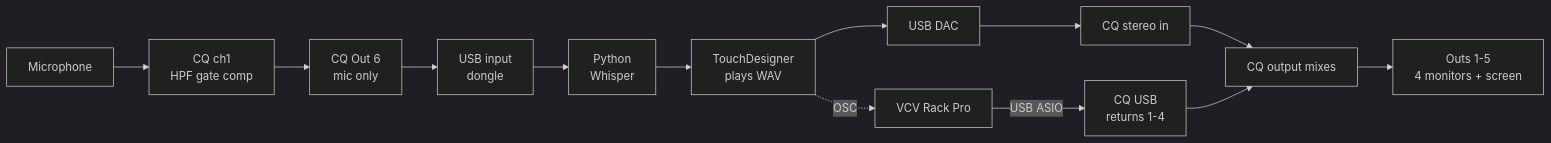
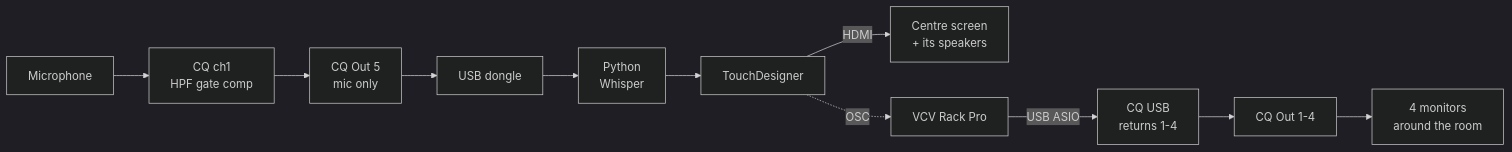
One commit to calvinguillot/theoracle changed the fifth of 5 diagrams in TheOracleSystem.md. Above: the diagram before and after it, drawn with Mermaid (dark theme). The commit also changed other lines of this file and 11 other files, not shown here.

````diff
--- a/TheOracleSystem.md
+++ b/TheOracleSystem.md
@@ -593,15 +730,13 @@
 ```mermaid
 flowchart LR
   MIC[Microphone] --> CH1[CQ ch1<br/>HPF gate comp]
-  CH1 --> AUX[CQ Out 6<br/>mic only]
-  AUX --> DONG[USB input<br/>dongle]
+  CH1 --> AUX[CQ Out 5<br/>mic only]
+  AUX --> DONG[USB dongle]
   DONG --> PY[Python<br/>Whisper]
-  PY --> TD[TouchDesigner<br/>plays WAV]
-  TD --> DAC[USB DAC]
-  DAC --> ST[CQ stereo in]
+  PY --> TD[TouchDesigner]
+  TD -->|HDMI| SCR[Centre screen<br/>+ its speakers]
   VCV[VCV Rack Pro] -->|USB ASIO| RET[CQ USB<br/>returns 1-4]
-  ST --> MIX[CQ output mixes]
-  RET --> MIX
-  MIX --> SPK[Outs 1-5<br/>4 monitors + screen]
+  RET --> MIX[CQ Out 1-4]
+  MIX --> SPK[4 monitors<br/>around the room]
   TD -.OSC.-> VCV
 ```
````
